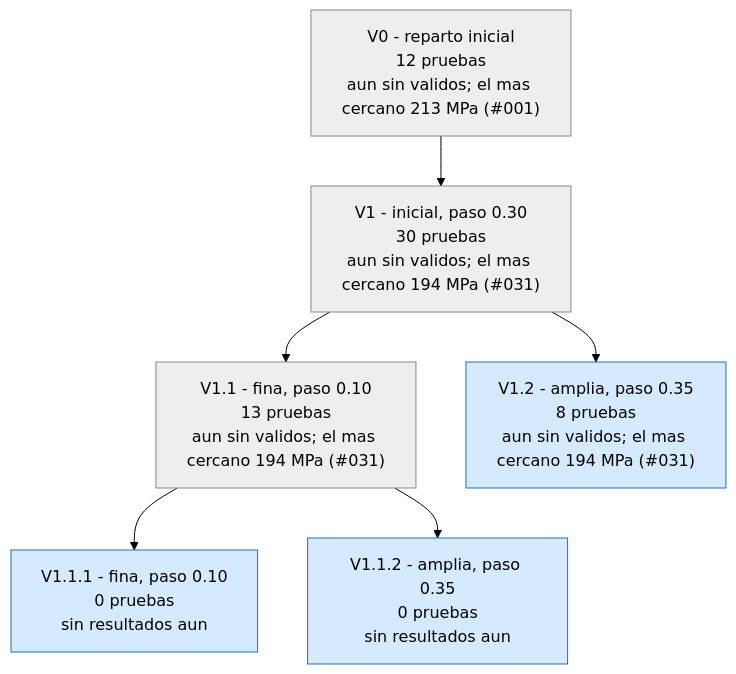
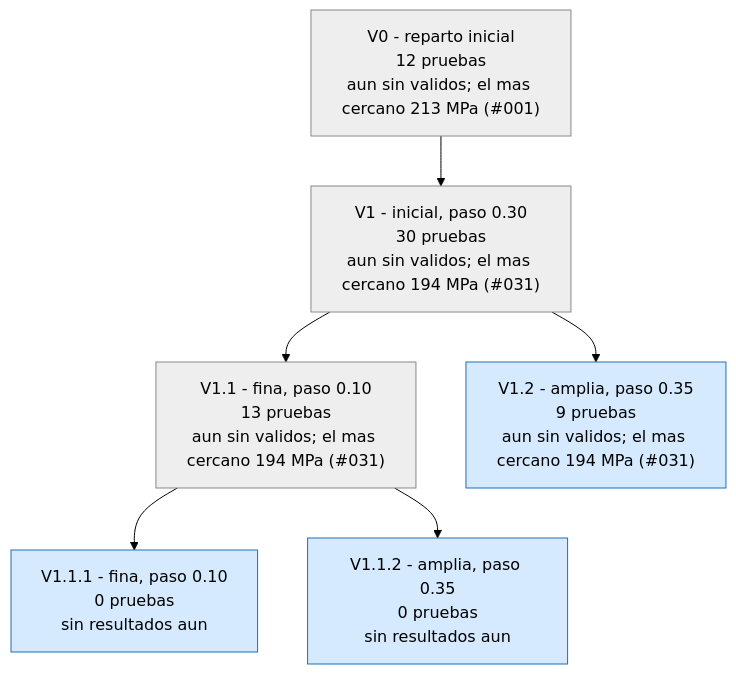
The first of 3 diagrams in runs/opt_37800N/ARBOL.md (Hugiko/msd-soporte-optimizacion), drawn with Mermaid (forest theme) before and after one commit. The commit also changed 19 other files, not shown here.

````diff
--- a/runs/opt_37800N/ARBOL.md
+++ b/runs/opt_37800N/ARBOL.md
@@ -9,17 +9,17 @@
 ```mermaid
 graph TD
 classDef activa fill:#d6eaff,stroke:#1f6fb5,color:#000
 classDef fin fill:#eeeeee,stroke:#888,color:#000
 classDef mejor fill:#c8f0c0,stroke:#1a9850,stroke-width:4px,color:#000
 V0["V0 - reparto inicial<br/>12 pruebas<br/>aun sin validos; el mas cercano 213 MPa (#001)"]:::fin
 V1["V1 - inicial, paso 0.30<br/>30 pruebas<br/>aun sin validos; el mas cercano 194 MPa (#031)"]:::fin
 V0 --> V1
 V1_1["V1.1 - fina, paso 0.10<br/>13 pruebas<br/>aun sin validos; el mas cercano 194 MPa (#031)"]:::fin
 V1 --> V1_1
-V1_2["V1.2 - amplia, paso 0.35<br/>8 pruebas<br/>aun sin validos; el mas cercano 194 MPa (#031)"]:::activa
+V1_2["V1.2 - amplia, paso 0.35<br/>9 pruebas<br/>aun sin validos; el mas cercano 194 MPa (#031)"]:::activa
 V1 --> V1_2
 V1_1_1["V1.1.1 - fina, paso 0.10<br/>0 pruebas<br/>sin resultados aun"]:::activa
 V1_1 --> V1_1_1
 V1_1_2["V1.1.2 - amplia, paso 0.35<br/>0 pruebas<br/>sin resultados aun"]:::activa
 V1_1 --> V1_1_2
 ```
````
